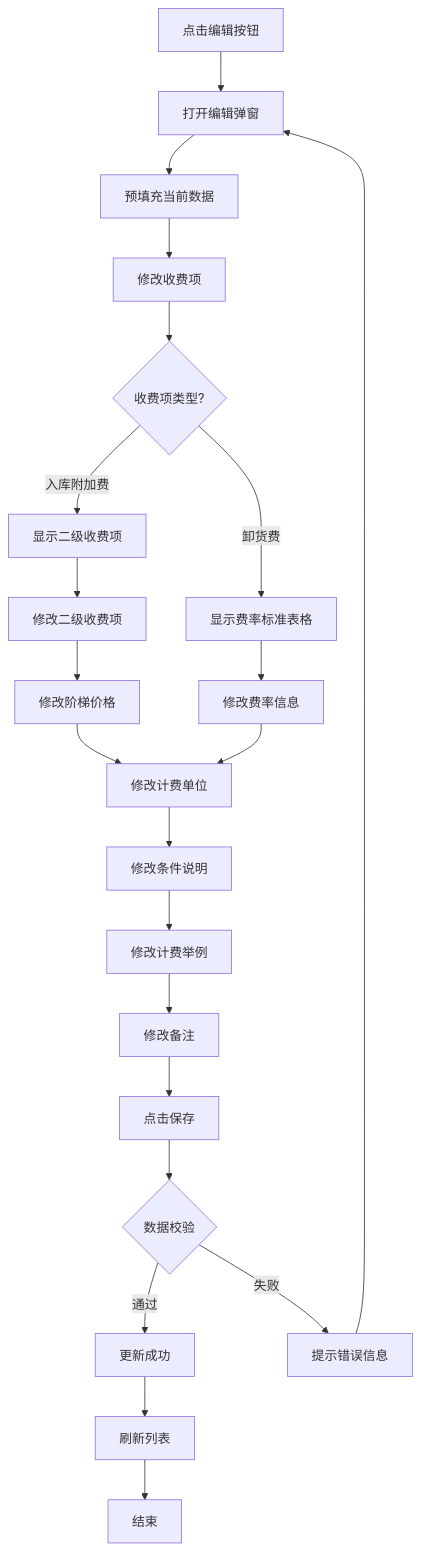
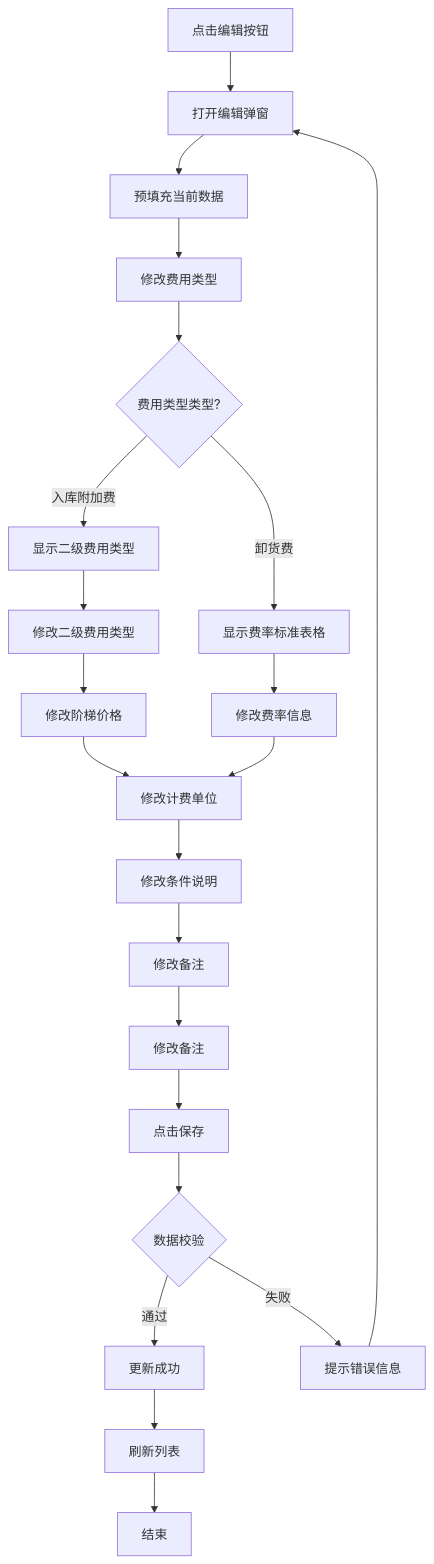
One commit to 1191232345/Axure_ELSA changed the third of 3 diagrams in 费用管理/入库费规则/prd.md. Above: the diagram before and after it, drawn with Mermaid. The commit also changed other lines of this file and 39 other files, not shown here.

````diff
--- a/费用管理/入库费规则/prd.md
+++ b/费用管理/入库费规则/prd.md
@@ -114,24 +114,24 @@
 ```mermaid
 graph TD
     A["点击编辑按钮"] --> B["打开编辑弹窗"]
     B --> C["预填充当前数据"]
-    C --> D["修改收费项"]
-    D --> E{"收费项类型?"}
+    C --> D["修改费用类型"]
+    D --> E{"费用类型类型?"}
     E -->|"卸货费"| F["显示费率标准表格"]
-    E -->|"入库附加费"| G["显示二级收费项"]
-    G --> H["修改二级收费项"]
+    E -->|"入库附加费"| G["显示二级费用类型"]
+    G --> H["修改二级费用类型"]
     H --> I["修改阶梯价格"]
     F --> J["修改费率信息"]
     I --> K["修改计费单位"]
     J --> K
     K --> L["修改条件说明"]
-    L --> M["修改计费举例"]
+    L --> M["修改备注"]
     M --> N["修改备注"]
     N --> O["点击保存"]
     O --> P{"数据校验"}
     P -->|"通过"| Q["更新成功"]
     P -->|"失败"| R["提示错误信息"]
     R --> B
     Q --> S["刷新列表"]
     S --> T["结束"]
 ```
````
